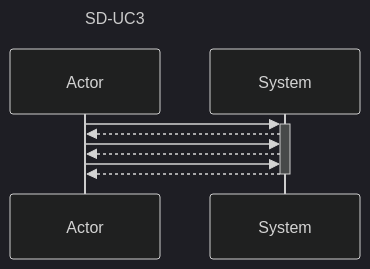
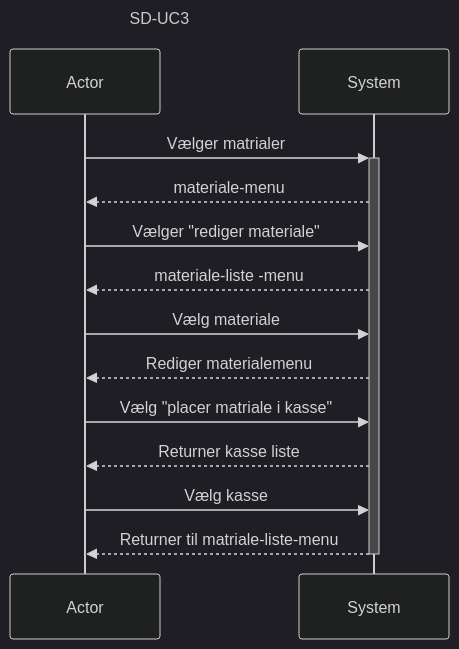
The diagram in documentation/SD-UC3.mmd (DMOoF25-Team-11-2/GettingReal), drawn with Mermaid before and after one commit. The commit also changed 2 other files, not shown here.

```diff
--- a/documentation/SD-UC3.mmd
+++ b/documentation/SD-UC3.mmd
@@ -1,17 +1,23 @@
 ---
 config:
   theme: dark
   look: classic
   layout: dagre
 title: SD-UC3
 description: |
+    Brugeren placere et materiale i en given kasse.
+    Lokationen gemmes i systemet.
 ---
 sequenceDiagram
     participant User as Actor
     participant System
-    User->>+System: 
-    System-->>User: 
-    User->>System: 
-    System-->>User: 
-    User->>System: 
-    System-->>-User: 
+    User->>+System: Vælger matrialer
+    System-->>User: materiale-menu
+    User->>System: Vælger "rediger materiale"
+    System-->>User: materiale-liste -menu
+    User->>System: Vælg materiale
+    System-->>User: Rediger materialemenu
+    User->>System: Vælg "placer matriale i kasse"
+    System-->>User: Returner kasse liste
+    User->>System: Vælg kasse
+    System-->>-User: Returner til matriale-liste-menu
```
